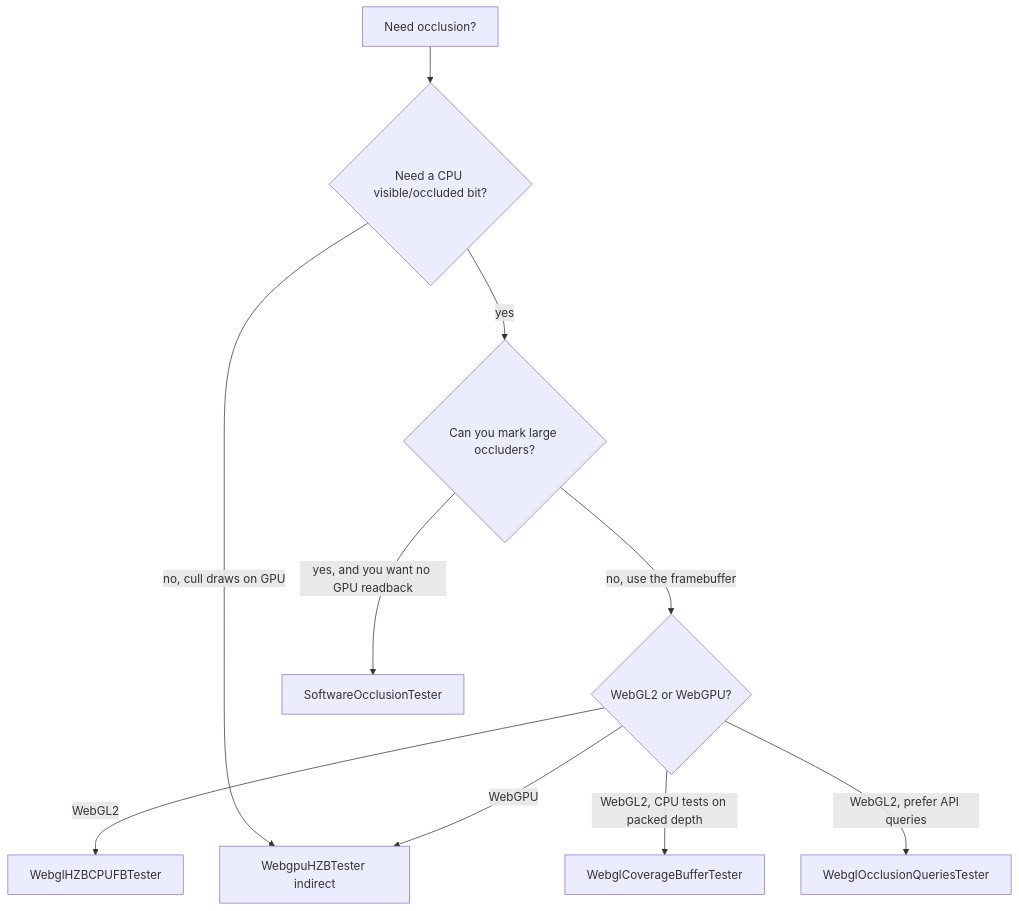
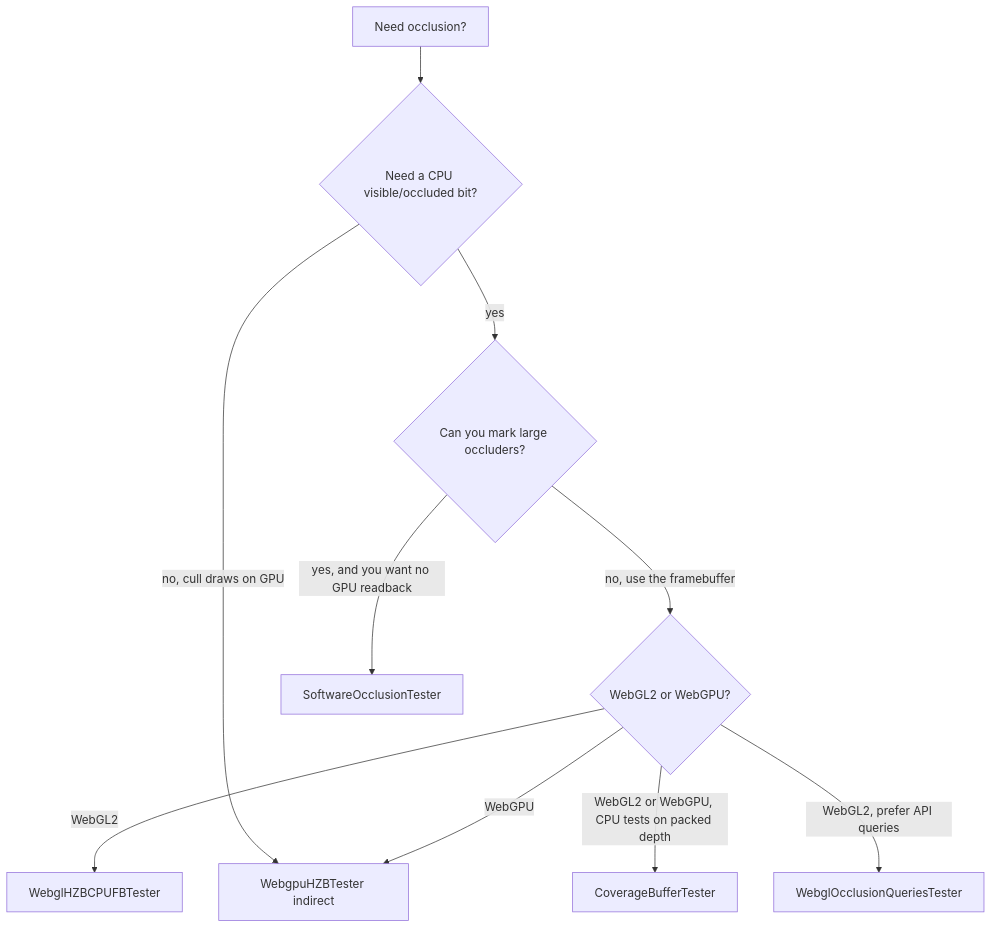
One commit to AlexAPPi/playcanvas-opti-pixel changed the diagram in docs/occlusion/choosing-backend.md. Above: the diagram before and after it, drawn with Mermaid. The commit also changed other lines of this file and 19 other files, not shown here.

Commit message:
Update CoverageBufferTester

````diff
--- a/docs/occlusion/choosing-backend.md
+++ b/docs/occlusion/choosing-backend.md
@@ -17,17 +17,17 @@
 ```mermaid
 flowchart TD
     start[Need occlusion?]
     cpu{Need a CPU visible/occluded bit?}
     gpu{WebGL2 or WebGPU?}
     occluders{Can you mark large occluders?}
 
     start --> cpu
     cpu -->|yes| occluders
     occluders -->|yes, and you want no GPU readback| sw[SoftwareOcclusionTester]
     occluders -->|no, use the framebuffer| gpu
     cpu -->|no, cull draws on GPU| webgpu[WebgpuHZBTester indirect]
     gpu -->|WebGL2| hzbgl[WebglHZBCPUFBTester]
     gpu -->|WebGPU| webgpu
-    gpu -->|WebGL2, CPU tests on packed depth| cov[WebglCoverageBufferTester]
+    gpu -->|WebGL2 or WebGPU, CPU tests on packed depth| cov[CoverageBufferTester]
     gpu -->|WebGL2, prefer API queries| q[WebglOcclusionQueriesTester]
 ```
````
